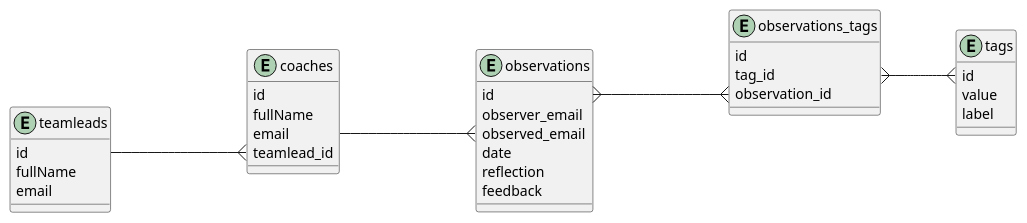
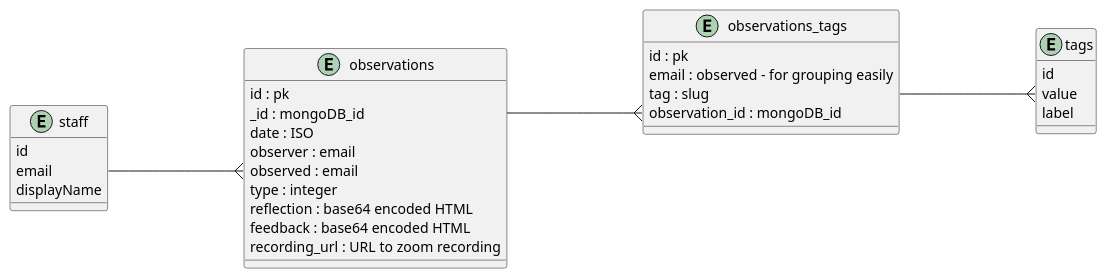
Before and after one commit to MultiverseLearningProducts/cpd: the diagram in data_model.plantuml, drawn with PlantUML. The commit also changed 1 other file, not shown here.

```diff
--- a/data_model.plantuml
+++ b/data_model.plantuml
@@ -1,36 +1,33 @@
 @startuml
 left to right direction
-entity teamleads {
+entity staff {
     id
-    fullName
     email
-}
-entity coaches {
-    id
-    fullName
-    email
-    teamlead_id
-}
-entity observations {
-    id
-    observer_email
-    observed_email
-    date
-    reflection
-    feedback
+    displayName
 }
 entity tags {
     id
     value
     label
 }
+entity observations {
+    id : pk
+    _id : mongoDB_id
+    date : ISO
+    observer : email
+    observed : email
+    type : integer
+    reflection : base64 encoded HTML
+    feedback : base64 encoded HTML
+    recording_url : URL to zoom recording
+}
 entity observations_tags {
-    id
-    tag_id
-    observation_id
+    id : pk
+    email : observed - for grouping easily
+    tag : slug
+    observation_id : mongoDB_id
 }
-teamleads::id---{coaches::teamlead_id
-coaches::email---{observations::observed_email
-observations::id}---{observations_tags::observation_id
-observations_tags::tag_id}--{tags::id
+staff::email---{observations::observed
+observations::_id---{observations_tags::observation_id
+observations_tags::tag---{tags::value
 @enduml
```
